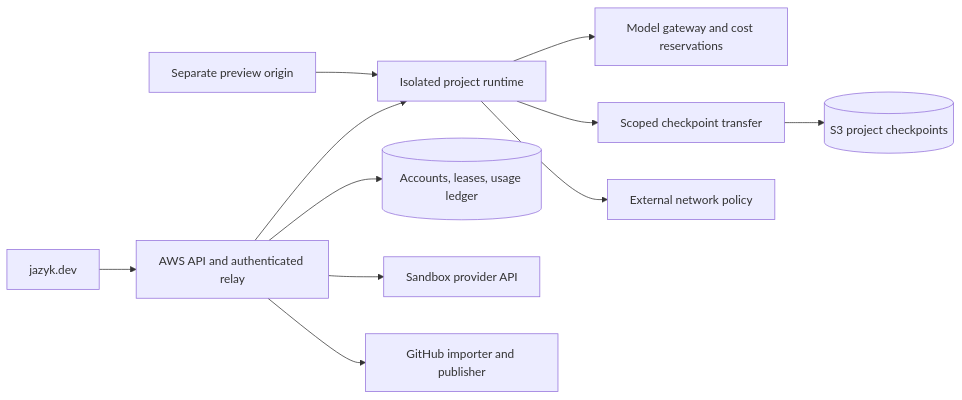
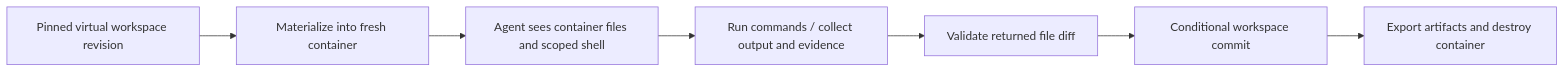
Before and after one commit to JazykOrg/Jazyk: the diagram in plans/subscription/cloud-sessions.md, drawn with Mermaid. The commit also changed other lines of this file and 14 other files, not shown here.

Commit message:
Replan Jazyk Cloud around shared servers and virtual project storage

````diff
--- a/plans/subscription/cloud-sessions.md
+++ b/plans/subscription/cloud-sessions.md
@@ -14,13 +24,9 @@
 ```mermaid
 flowchart LR
-    Page["jazyk.dev"] --> API["AWS API and authenticated relay"]
-    API --> VM["Isolated project runtime"]
-    VM --> Gateway["Model gateway and cost reservations"]
-    API --> DB[("Accounts, leases, usage ledger")]
-    VM --> Upload["Scoped checkpoint transfer"]
-    Upload --> S3[("S3 project checkpoints")]
-    API --> Provider["Sandbox provider API"]
-    API --> Publish["GitHub importer and publisher"]
-    VM --> Egress["External network policy"]
-    Preview["Separate preview origin"] --> VM
+    V["Pinned virtual workspace revision"] --> M["Materialize into fresh container"]
+    M --> A["Agent sees container files and scoped shell"]
+    A --> R["Run commands / collect output and evidence"]
+    R --> D["Validate returned file diff"]
+    D --> C["Conditional workspace commit"]
+    C --> X["Export artifacts and destroy container"]
 ```
````
